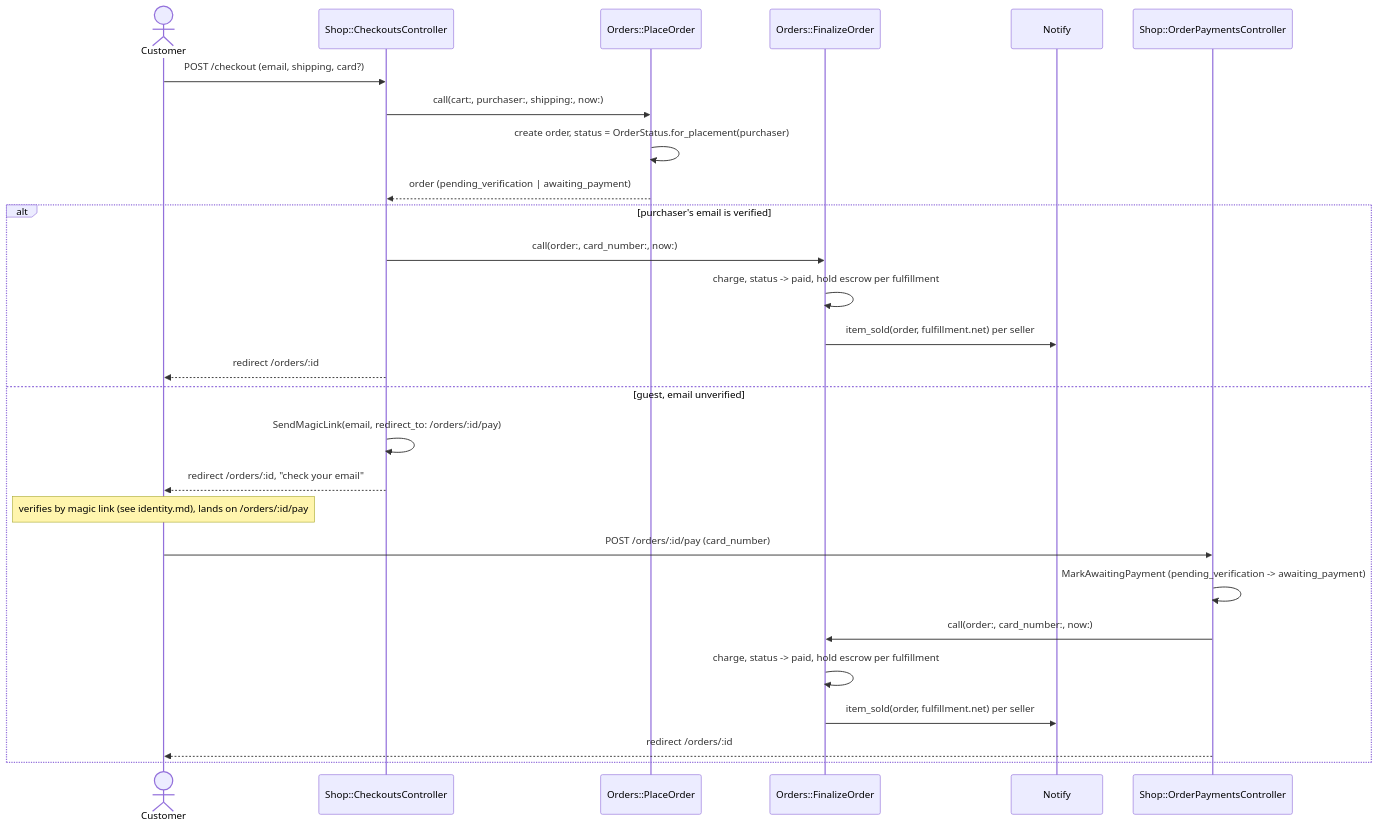
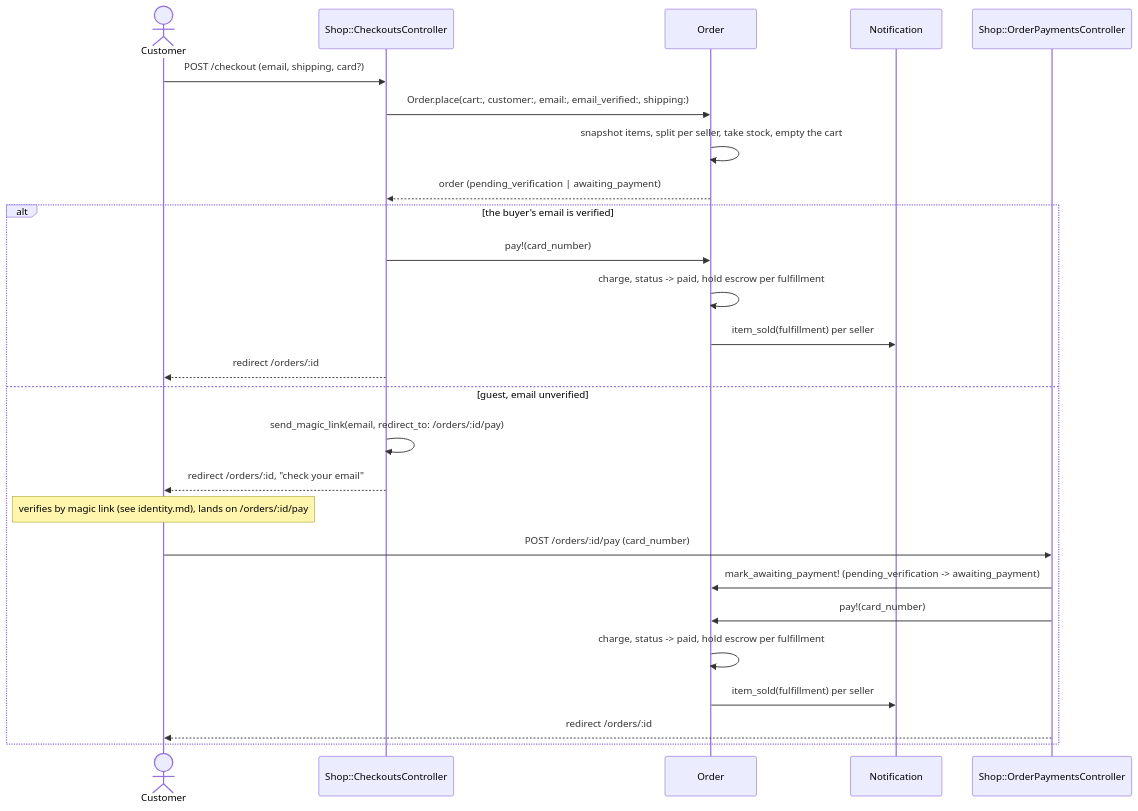
One commit to jonathan-beebe/art-store changed the first of 3 diagrams in prototype/rails/docs/orders.md. Above: the diagram before and after it, drawn with Mermaid. The commit also changed other lines of this file and 349 other files, not shown here.

````diff
--- a/prototype/rails/docs/orders.md
+++ b/prototype/rails/docs/orders.md
@@ -14,31 +13,30 @@
 ```mermaid
 sequenceDiagram
     actor Customer
     participant Checkout as Shop::CheckoutsController
-    participant Place as Orders::PlaceOrder
-    participant Finalize as Orders::FinalizeOrder
-    participant Notify
+    participant Order
+    participant Notification
     participant Pay as Shop::OrderPaymentsController
 
     Customer->>Checkout: POST /checkout (email, shipping, card?)
-    Checkout->>Place: call(cart:, purchaser:, shipping:, now:)
-    Place->>Place: create order, status = OrderStatus.for_placement(purchaser)
-    Place-->>Checkout: order (pending_verification | awaiting_payment)
+    Checkout->>Order: Order.place(cart:, customer:, email:, email_verified:, shipping:)
+    Order->>Order: snapshot items, split per seller, take stock, empty the cart
+    Order-->>Checkout: order (pending_verification | awaiting_payment)
 
-    alt purchaser's email is verified
-        Checkout->>Finalize: call(order:, card_number:, now:)
-        Finalize->>Finalize: charge, status -> paid, hold escrow per fulfillment
-        Finalize->>Notify: item_sold(order, fulfillment.net) per seller
+    alt the buyer's email is verified
+        Checkout->>Order: pay!(card_number)
+        Order->>Order: charge, status -> paid, hold escrow per fulfillment
+        Order->>Notification: item_sold(fulfillment) per seller
         Checkout-->>Customer: redirect /orders/:id
     else guest, email unverified
-        Checkout->>Checkout: SendMagicLink(email, redirect_to: /orders/:id/pay)
+        Checkout->>Checkout: send_magic_link(email, redirect_to: /orders/:id/pay)
         Checkout-->>Customer: redirect /orders/:id, "check your email"
         Note over Customer: verifies by magic link (see identity.md), lands on /orders/:id/pay
         Customer->>Pay: POST /orders/:id/pay (card_number)
-        Pay->>Pay: MarkAwaitingPayment (pending_verification -> awaiting_payment)
-        Pay->>Finalize: call(order:, card_number:, now:)
-        Finalize->>Finalize: charge, status -> paid, hold escrow per fulfillment
-        Finalize->>Notify: item_sold(order, fulfillment.net) per seller
+        Pay->>Order: mark_awaiting_payment! (pending_verification -> awaiting_payment)
+        Pay->>Order: pay!(card_number)
+        Order->>Order: charge, status -> paid, hold escrow per fulfillment
+        Order->>Notification: item_sold(fulfillment) per seller
         Pay-->>Customer: redirect /orders/:id
     end
 ```
````
